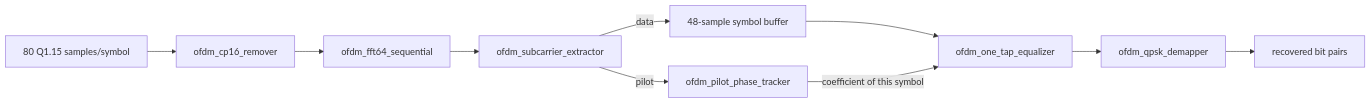
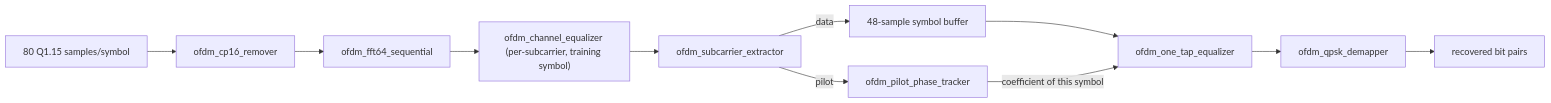
The second of 2 diagrams in blocks/block_08_modulation_and_synchronization/lab_8_14_ofdm_rtl_chain.md (Lay007/zynq-sdr-course), drawn with Mermaid before and after one commit. The commit also changed other lines of this file and 1 other file, not shown here.

Commit message:
Lab 8.14: verification stage 2d, per-subcarrier channel equalization through a 3-path channel (EN and RU)

````diff
--- a/blocks/block_08_modulation_and_synchronization/lab_8_14_ofdm_rtl_chain.md
+++ b/blocks/block_08_modulation_and_synchronization/lab_8_14_ofdm_rtl_chain.md
@@ -40,12 +40,13 @@
 ```mermaid
 flowchart LR
     IN["80 Q1.15 samples/symbol"] --> CPR[ofdm_cp16_remover]
     CPR --> FFT[ofdm_fft64_sequential]
-    FFT --> EXT[ofdm_subcarrier_extractor]
+    FFT --> CEQ["ofdm_channel_equalizer (per-subcarrier, training symbol)"]
+    CEQ --> EXT[ofdm_subcarrier_extractor]
     EXT -->|data| BUF["48-sample symbol buffer"]
     EXT -->|pilot| PILOT[ofdm_pilot_phase_tracker]
     BUF --> EQ[ofdm_one_tap_equalizer]
     PILOT -->|"coefficient of this symbol"| EQ
     EQ --> DEMAP[ofdm_qpsk_demapper]
     DEMAP --> BITS["recovered bit pairs"]
 ```
````
